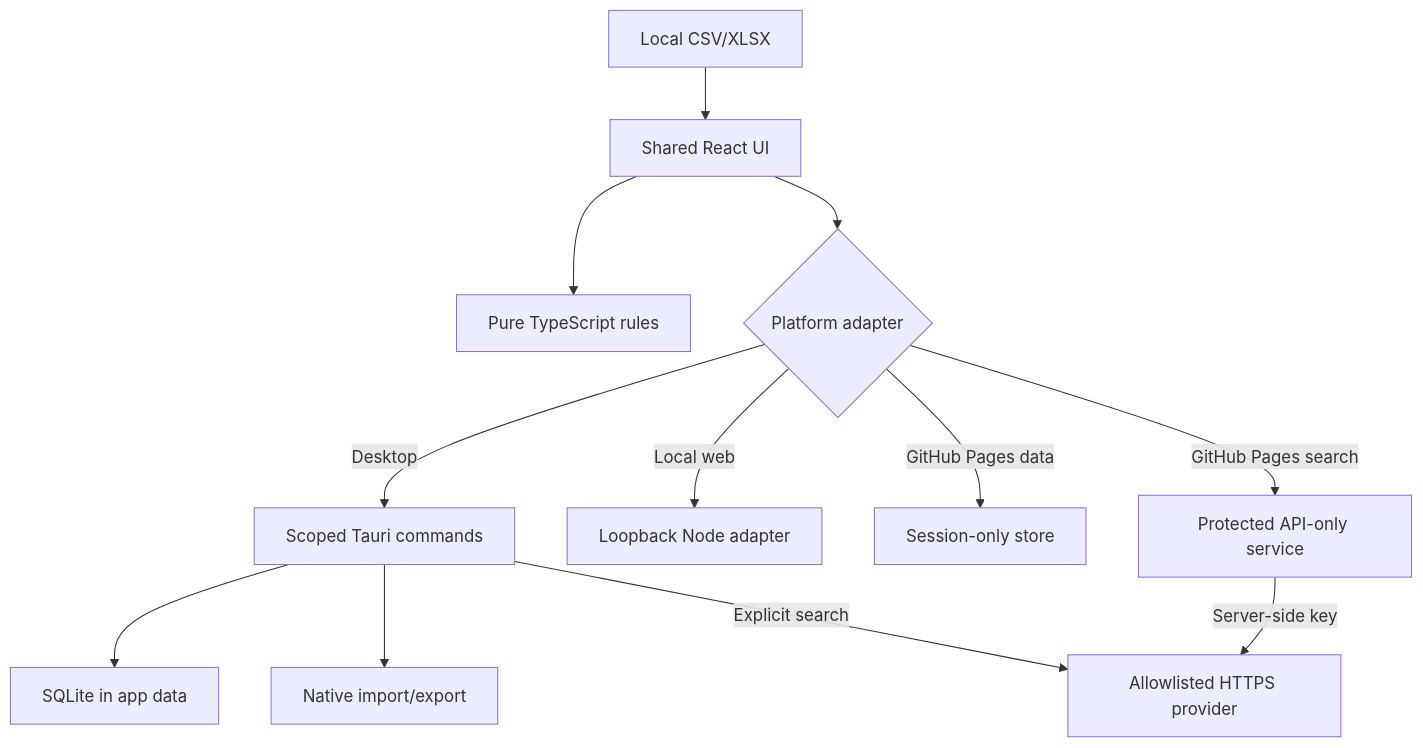
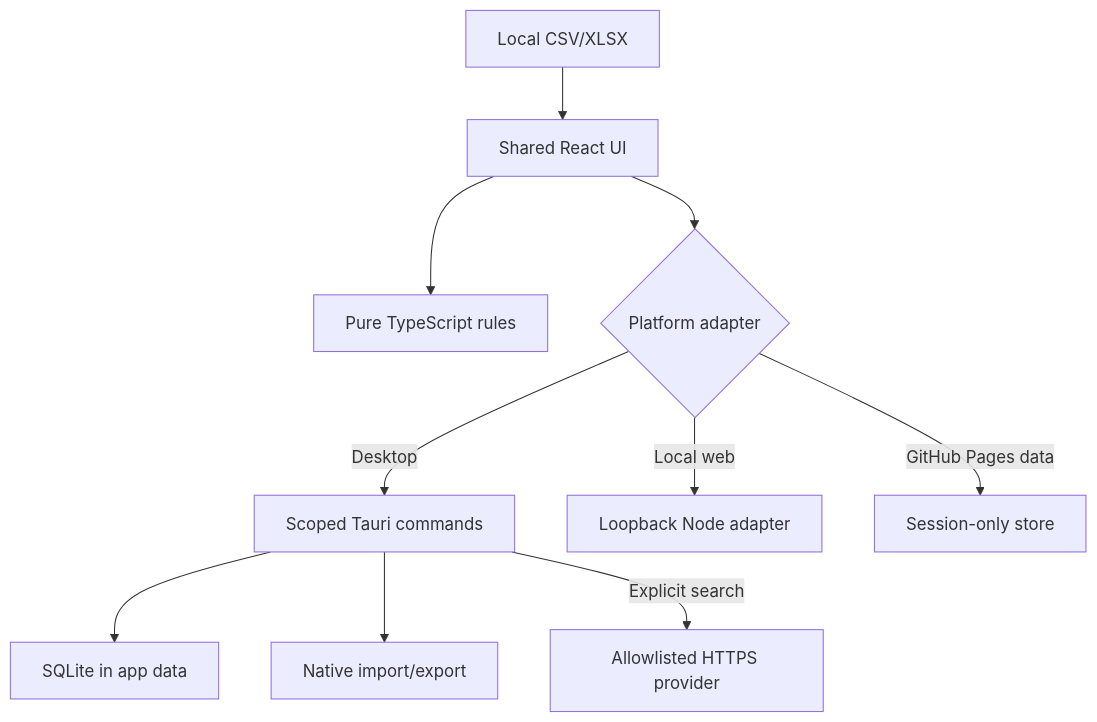
One commit to Sajeevanveeriah/Inventory-Management-SWL changed the first of 2 diagrams in docs/ARCHITECTURE.md. Above: the diagram before and after it, drawn with Mermaid. The commit also changed other lines of this file, not shown here.

Commit message:
Remove hosted API dependency: docs/ARCHITECTURE.md

````diff
--- a/docs/ARCHITECTURE.md
+++ b/docs/ARCHITECTURE.md
@@ -3,14 +3,12 @@
 ```mermaid
 flowchart TD
   Files["Local CSV/XLSX"] --> UI["Shared React UI"]
   UI --> Core["Pure TypeScript rules"]
   UI --> Adapter{"Platform adapter"}
   Adapter -->|Desktop| Rust["Scoped Tauri commands"]
   Rust --> DB["SQLite in app data"]
   Rust --> Export["Native import/export"]
   Rust -->|Explicit search| Provider["Allowlisted HTTPS provider"]
   Adapter -->|Local web| Server["Loopback Node adapter"]
   Adapter -->|GitHub Pages data| Session["Session-only store"]
-  Adapter -->|GitHub Pages search| API["Protected API-only service"]
-  API -->|Server-side key| Provider
 ```
````
